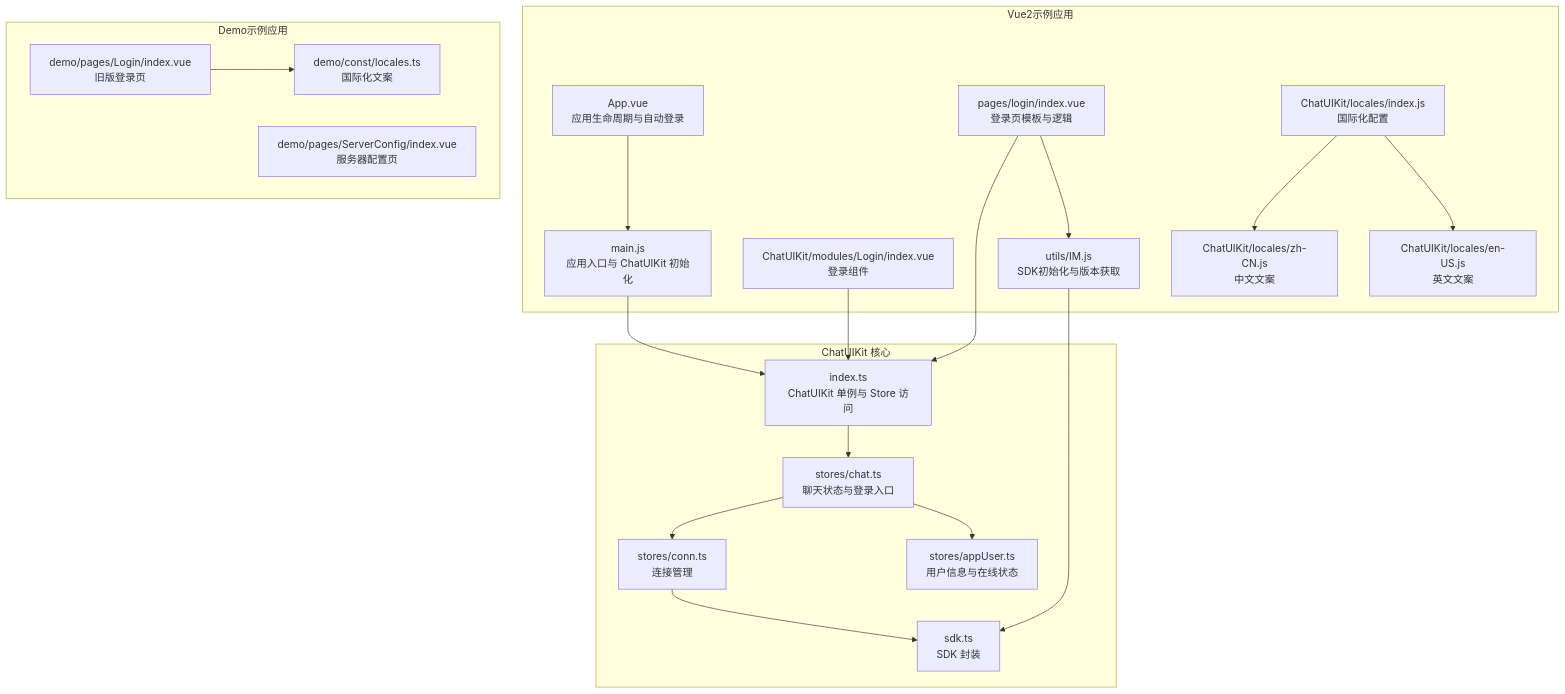
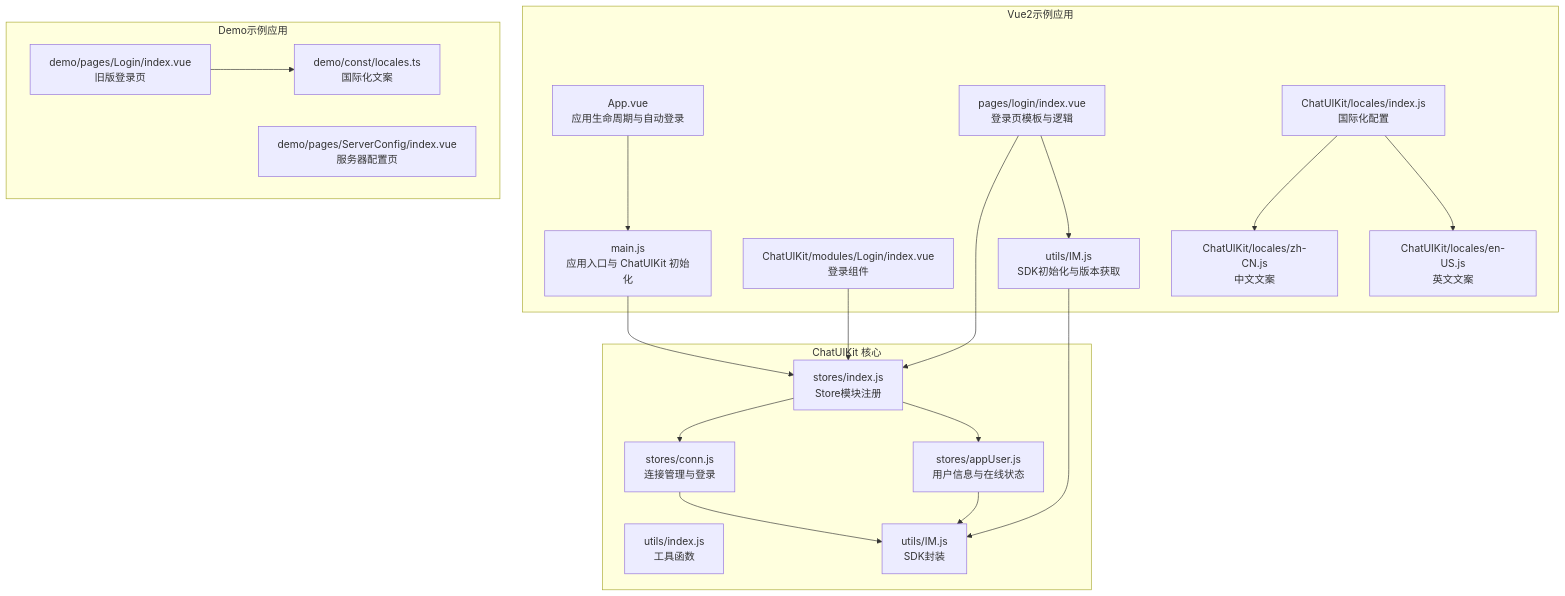
One commit to Easemob-Community/easemob-uikit-uniapp-community changed the first of 3 diagrams in .qoder/repowiki/zh/content/示例应用/登录页面.md. Above: the diagram before and after it, drawn with Mermaid. The commit also changed other lines of this file and 11 other files, not shown here.

````diff
--- a/.qoder/repowiki/zh/content/示例应用/登录页面.md
+++ b/.qoder/repowiki/zh/content/示例应用/登录页面.md
@@ -52,38 +52,38 @@
 ```mermaid
 graph TB
 subgraph "Vue2示例应用"
 A["App.vue<br/>应用生命周期与自动登录"]
 B["main.js<br/>应用入口与 ChatUIKit 初始化"]
 C["pages/login/index.vue<br/>登录页模板与逻辑"]
 D["ChatUIKit/modules/Login/index.vue<br/>登录组件"]
 E["utils/IM.js<br/>SDK初始化与版本获取"]
 F["ChatUIKit/locales/index.js<br/>国际化配置"]
 G["ChatUIKit/locales/zh-CN.js<br/>中文文案"]
 H["ChatUIKit/locales/en-US.js<br/>英文文案"]
 end
 subgraph "ChatUIKit 核心"
-I["index.ts<br/>ChatUIKit 单例与 Store 访问"]
-J["stores/chat.ts<br/>聊天状态与登录入口"]
-K["stores/conn.ts<br/>连接管理"]
-L["stores/appUser.ts<br/>用户信息与在线状态"]
-M["sdk.ts<br/>SDK 封装"]
+I["stores/index.js<br/>Store模块注册"]
+J["stores/conn.js<br/>连接管理与登录"]
+K["stores/appUser.js<br/>用户信息与在线状态"]
+L["utils/index.js<br/>工具函数"]
+M["utils/IM.js<br/>SDK封装"]
 end
 subgraph "Demo示例应用"
 N["demo/pages/Login/index.vue<br/>旧版登录页"]
 O["demo/const/locales.ts<br/>国际化文案"]
 P["demo/pages/ServerConfig/index.vue<br/>服务器配置页"]
 end
 A --> B
 B --> I
 C --> I
 C --> E
 D --> I
 E --> M
 F --> G
 F --> H
 I --> J
-J --> K
-J --> L
+I --> K
+J --> M
 K --> M
 N --> O
 ```
````
